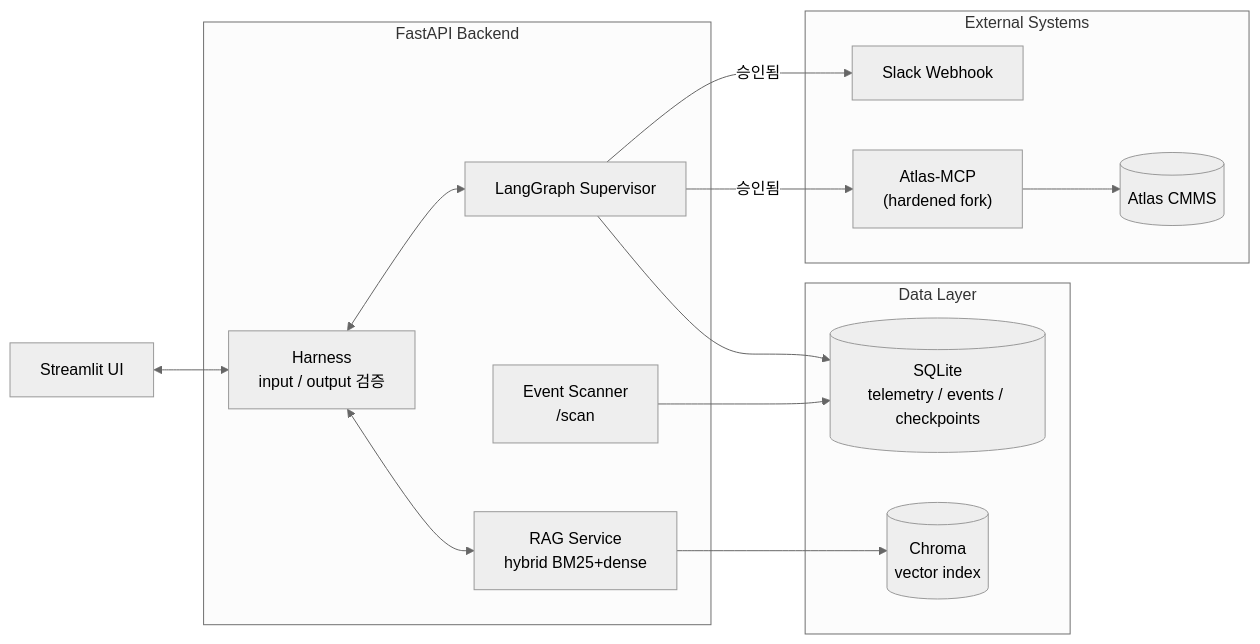
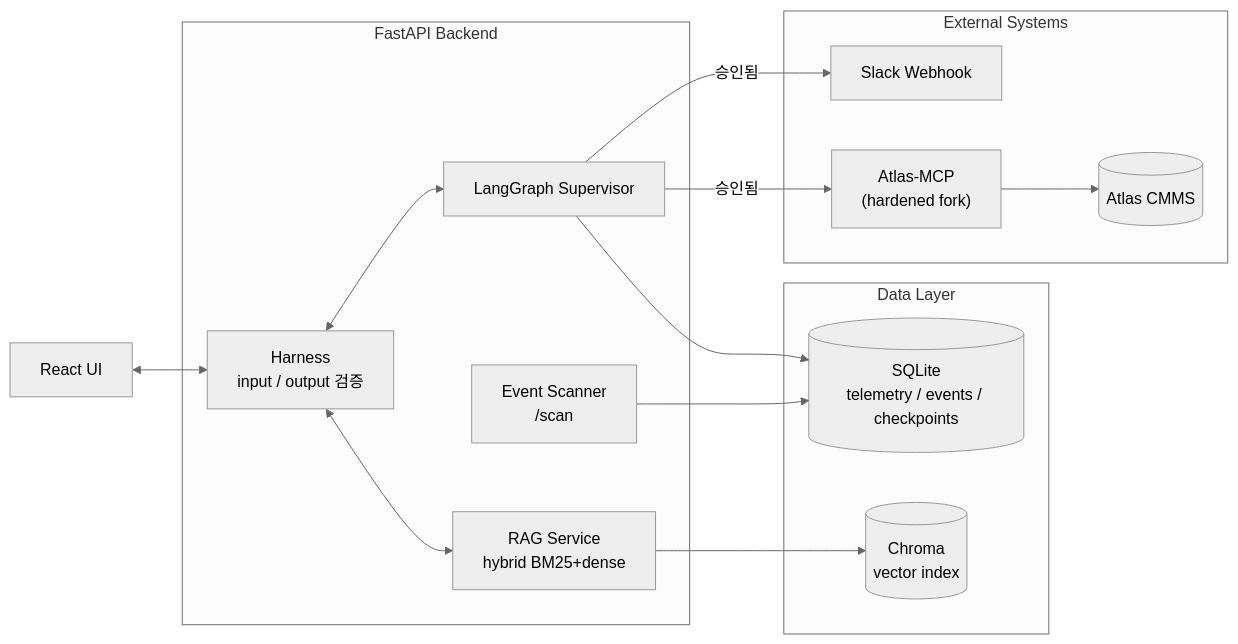
The first of 3 diagrams in docs/PORTFOLIO_KOR.md (surplus96/uptime-copilot), drawn with Mermaid (neutral theme) before and after one commit. The commit also changed other lines of this file and 17 other files, not shown here.

````diff
--- a/docs/PORTFOLIO_KOR.md
+++ b/docs/PORTFOLIO_KOR.md
@@ -41,29 +41,29 @@
 ```mermaid
 flowchart LR
-    UI["Streamlit UI"]
+    UI["React UI"]
     subgraph BE["FastAPI Backend"]
         HN["Harness<br/>input / output 검증"]
         SV["LangGraph Supervisor"]
         RS["RAG Service<br/>hybrid BM25+dense"]
         SC["Event Scanner<br/>/scan"]
     end
     subgraph DL["Data Layer"]
         DB[("SQLite<br/>telemetry / events / checkpoints")]
         VS[("Chroma<br/>vector index")]
     end
     subgraph EX["External Systems"]
         SL["Slack Webhook"]
         MC["Atlas-MCP<br/>(hardened fork)"]
         CM[("Atlas CMMS")]
     end
 
     UI <--> HN
     HN <--> SV
     HN <--> RS
     SV --> DB
     SC --> DB
     RS --> VS
     SV -- "승인됨" --> SL
     SV -- "승인됨" --> MC
     MC --> CM
 ```
````
